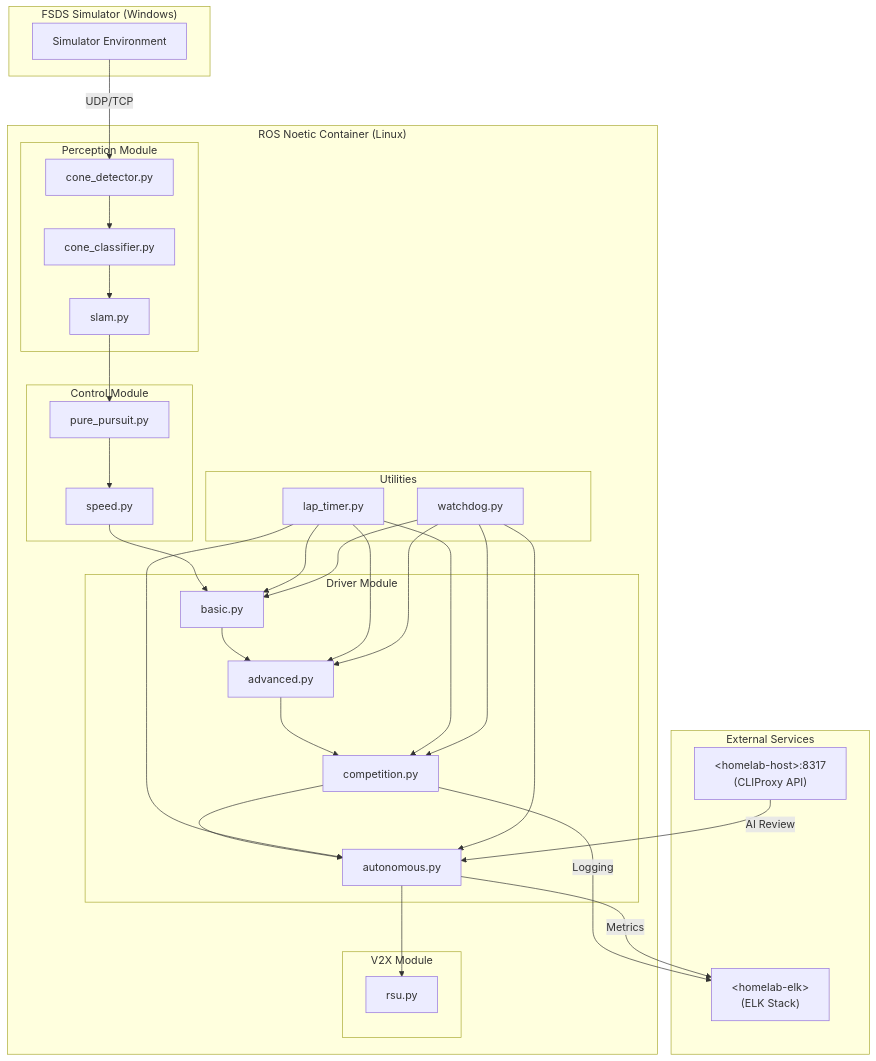
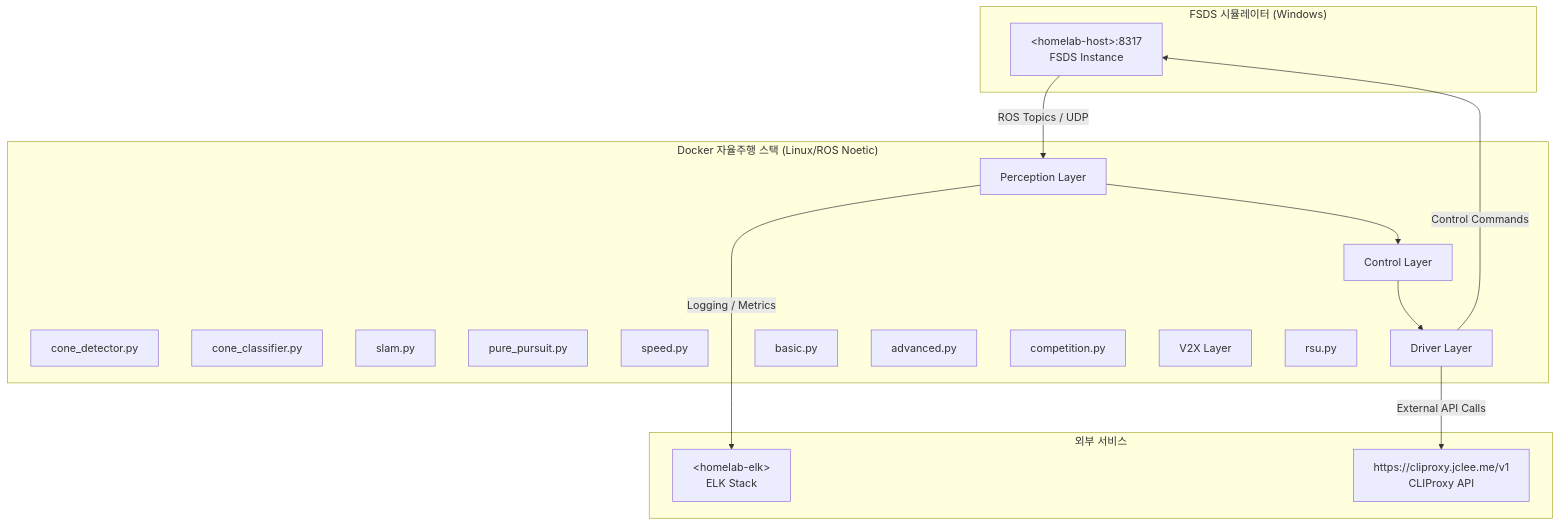
One commit to jclee941/hycu_fsds changed the diagram in README.md. Above: the diagram before and after it, drawn with Mermaid. The commit also changed other lines of this file, not shown here.

````diff
--- a/README.md
+++ b/README.md
@@ -78,62 +73,38 @@
 ```mermaid
 flowchart TB
-    subgraph FSDS["FSDS Simulator (Windows)"]
-        A[Simulator Environment]
+    subgraph Simulator["FSDS 시뮬레이터 (Windows)"]
+        A["&lt;homelab-host&gt;:8317<br/>FSDS Instance"]
     end
 
-    subgraph Docker["ROS Noetic Container (Linux)"]
-        subgraph Perception["Perception Module"]
-            B[cone_detector.py]
-            C[cone_classifier.py]
-            D[slam.py]
-        end
+    subgraph DockerStack["Docker 자율주행 스택 (Linux/ROS Noetic)"]
+        B[" Perception Layer "]
+        B1["cone_detector.py"]
+        B2["cone_classifier.py"]
+        B3["slam.py"]
 
-        subgraph Control["Control Module"]
-            E[pure_pursuit.py]
-            F[speed.py]
-        end
+        C[" Control Layer "]
+        C1["pure_pursuit.py"]
+        C2["speed.py"]
 
-        subgraph Drivers["Driver Module"]
-            G[basic.py]
-            H[advanced.py]
-            I[competition.py]
-            J[autonomous.py]
-        end
+        D[" Driver Layer "]
+        D1["basic.py"]
+        D2["advanced.py"]
+        D3["competition.py"]
 
-        subgraph V2X["V2X Module"]
-            K[rsu.py]
-        end
-
-        subgraph Utils["Utilities"]
-            L[lap_timer.py]
-            M[watchdog.py]
-        end
+        E[" V2X Layer "]
+        E1["rsu.py"]
     end
 
-    subgraph External["External Services"]
-        N["&lt;homelab-host&gt;:8317<br/>(CLIProxy API)"]
-        O["&lt;homelab-elk&gt;<br/>(ELK Stack)"]
+    subgraph External[" 외부 서비스 "]
+        F["&lt;homelab-elk&gt;<br/>ELK Stack"]
+        G["https://cliproxy.jclee.me/v1<br/>CLIProxy API"]
     end
 
-    A -->|UDP/TCP| B
+    A -->|"ROS Topics / UDP"| B
     B --> C
     C --> D
-    D --> E
-    E --> F
-    F --> G
-    G --> H
-    H --> I
-    I --> J
-    J --> K
-    L --> G
-    L --> H
-    L --> I
-    L --> J
-    M --> G
-    M --> H
-    M --> I
-    M --> J
-    I -->|Logging| O
-    J -->|Metrics| O
-    N -->|AI Review| J
+    D -->|"Control Commands"| A
+
+    B -->|"Logging / Metrics"| F
+    D -->|"External API Calls"| G
 ```
````
